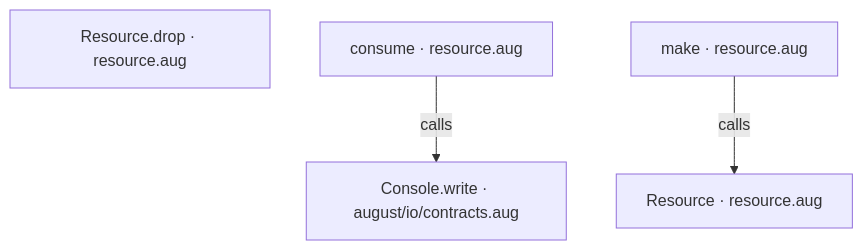
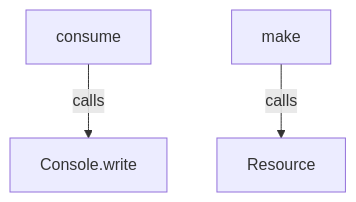
Before and after one commit to GreenPandaStudios/augscript: the second of 4 diagrams in docs/examples/ownership-transfer/resource-diagrams.md, drawn with Mermaid. The commit also changed other lines of this file and 524 other files, not shown here.

Commit message:
Explain checked data flow at folder and service levels

````diff
--- a/docs/examples/ownership-transfer/resource-diagrams.md
+++ b/docs/examples/ownership-transfer/resource-diagrams.md
@@ -34,10 +34,9 @@
 ```mermaid
 flowchart TD
-    n0["Console.write · august/io/contracts.aug"]
-    n1["Resource · resource.aug"]
-    n2["Resource.drop · resource.aug"]
-    n3["consume · resource.aug"]
-    n4["make · resource.aug"]
-    n3 -->|"calls"| n0
-    n4 -->|"calls"| n1
+    n0["Console.write"]
+    n1["Resource"]
+    n2["consume"]
+    n3["make"]
+    n2 -->|"calls"| n0
+    n3 -->|"calls"| n1
 ```
````
